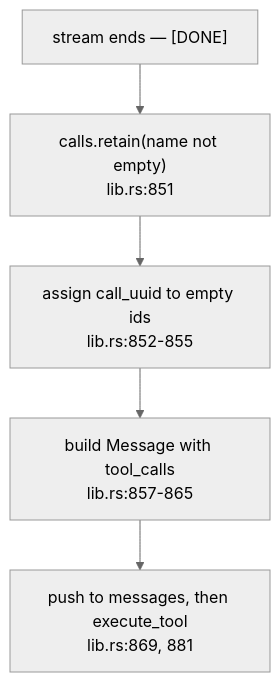
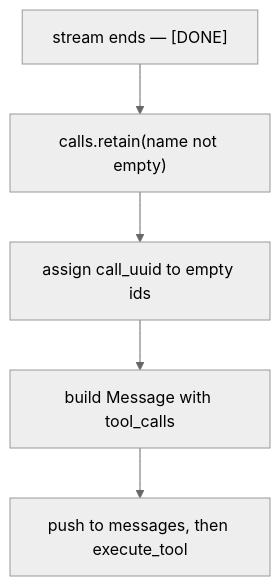
The second of 2 diagrams in docs/explanation/tool-protocol.md (ming2k/neenee), drawn with Mermaid (neutral theme) before and after one commit. The commit also changed other lines of this file and 12 other files, not shown here.

````diff
--- a/docs/explanation/tool-protocol.md
+++ b/docs/explanation/tool-protocol.md
@@ -59,7 +60,7 @@
 ```mermaid
 flowchart TD
-    A["stream ends — [DONE]"] --> B["calls.retain(name not empty)<br/>lib.rs:851"]
-    B --> C["assign call_uuid to empty ids<br/>lib.rs:852-855"]
-    C --> D["build Message with tool_calls<br/>lib.rs:857-865"]
-    D --> E["push to messages, then execute_tool<br/>lib.rs:869, 881"]
+    A["stream ends — [DONE]"] --> B["calls.retain(name not empty)"]
+    B --> C["assign call_uuid to empty ids"]
+    C --> D["build Message with tool_calls"]
+    D --> E["push to messages, then execute_tool"]
 ```
````
